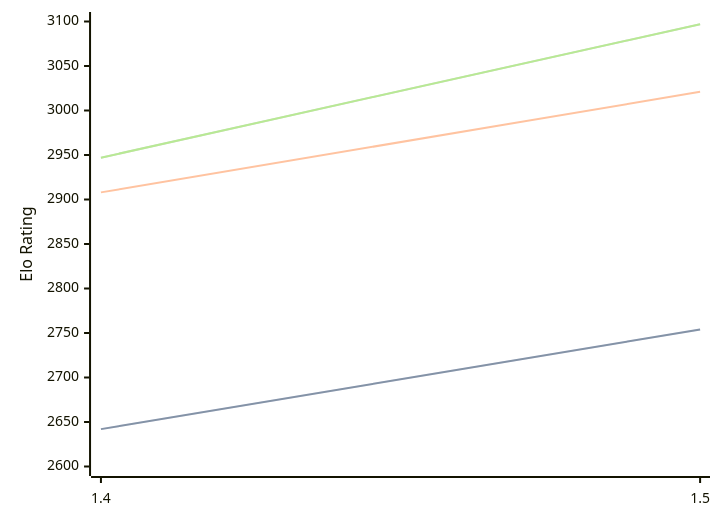
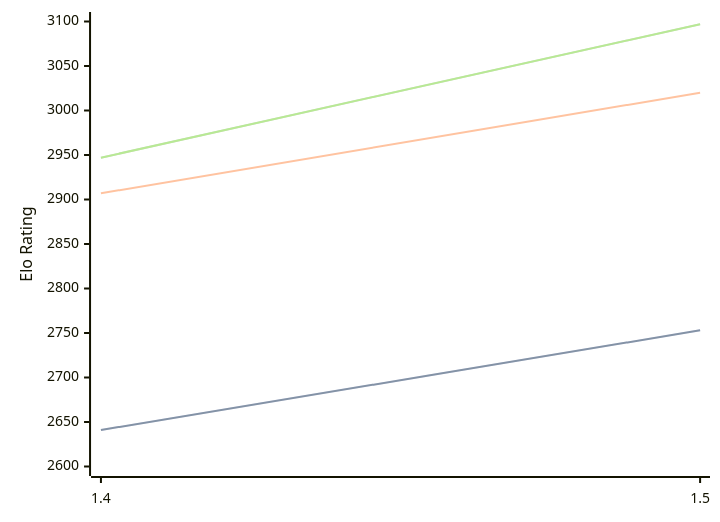
The third of 3 diagrams in engines/Yakka.md (computer-chess-index/cci), drawn with Mermaid before and after one commit. The commit also changed other lines of this file, not shown here.

````diff
--- a/engines/Yakka.md
+++ b/engines/Yakka.md
@@ -69,11 +69,11 @@
 ```mermaid
 %%{init: {"theme":"base","themeVariables":{"seriesColors:['#a3a3a3','#222221','#faa371']}}}%%
 xychart-beta
   x-axis ["1.4", "1.5"]
   y-axis "Elo Rating" 2600 --> 3100
-  line "STC (8.0+0.08s)" [2642, 2754]
-  line "STC (8.0+0.08s)" [2642, 2754]
-  line "LTC (60.0+0.60s)" [2908, 3021]
+  line "STC (8.0+0.08s)" [2641, 2753]
+  line "STC (8.0+0.08s)" [2641, 2753]
+  line "LTC (60.0+0.60s)" [2907, 3020]
   line "VLTC (2m24s+1.12s)" [2947, 3097]
   line "VLTC (2m24s+1.12s)" [2947, 3097]
 ```
````
